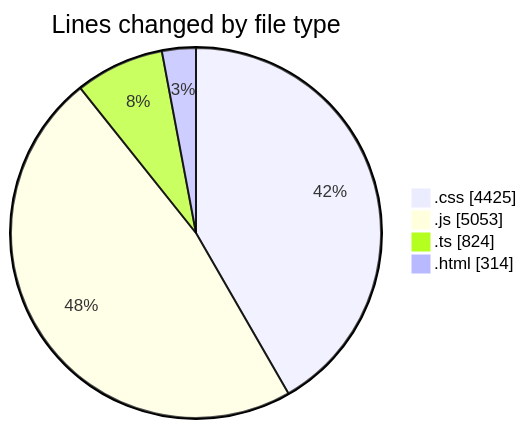
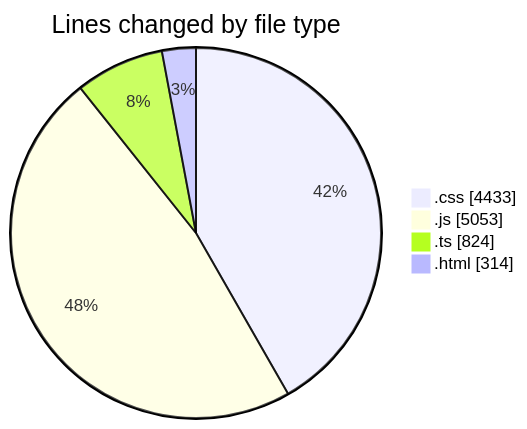
The first of 2 diagrams in 2026-04-24/darkwire/README.md (tmsrecording-cyber/code-tracking), drawn with Mermaid before and after one commit. The commit also changed other lines of this file and 1 other file, not shown here.

````diff
--- a/2026-04-24/darkwire/README.md
+++ b/2026-04-24/darkwire/README.md
@@ -36,8 +36,8 @@
 ```mermaid
 pie showData
 title Lines changed by file type
-".css" : 4425
+".css" : 4433
 ".js" : 5053
 ".ts" : 824
 ".html" : 314
 ```
````
